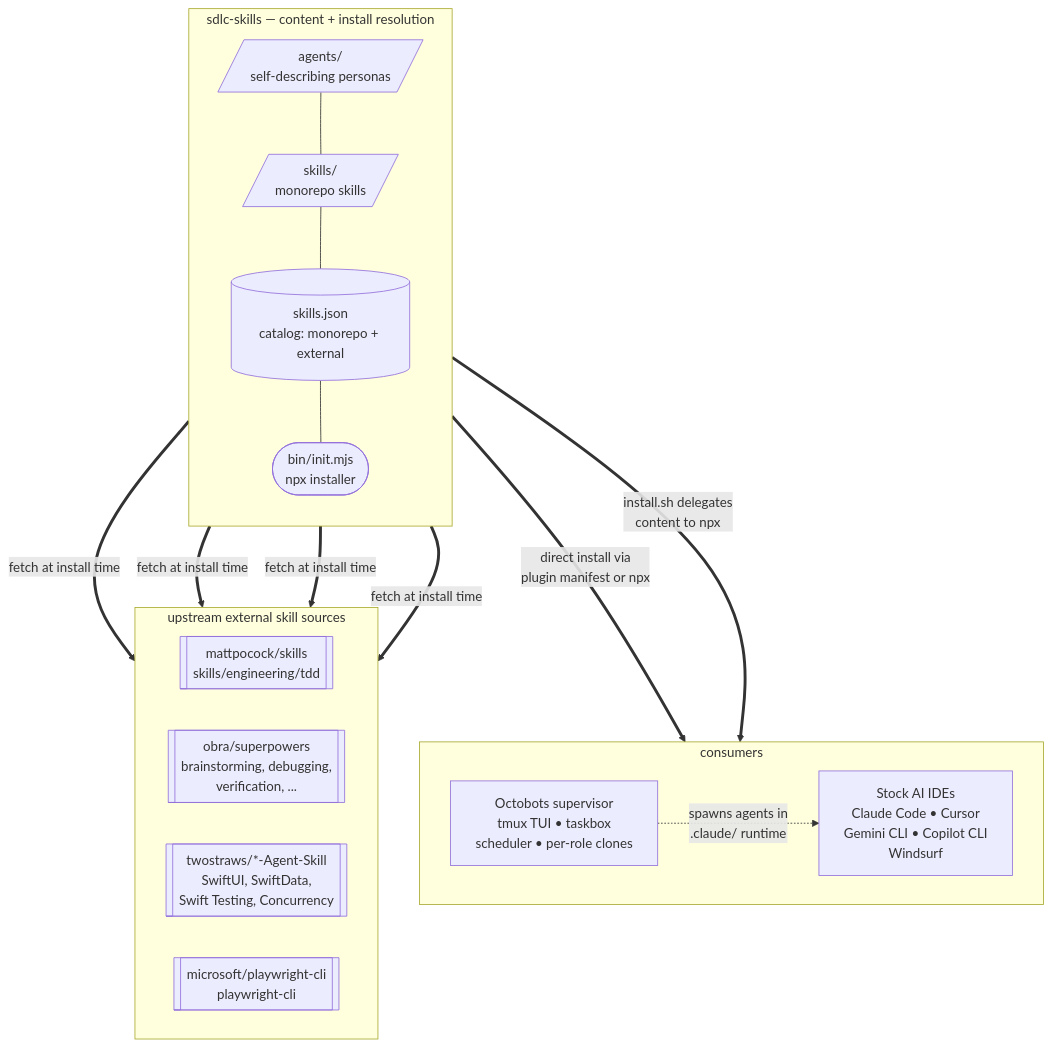
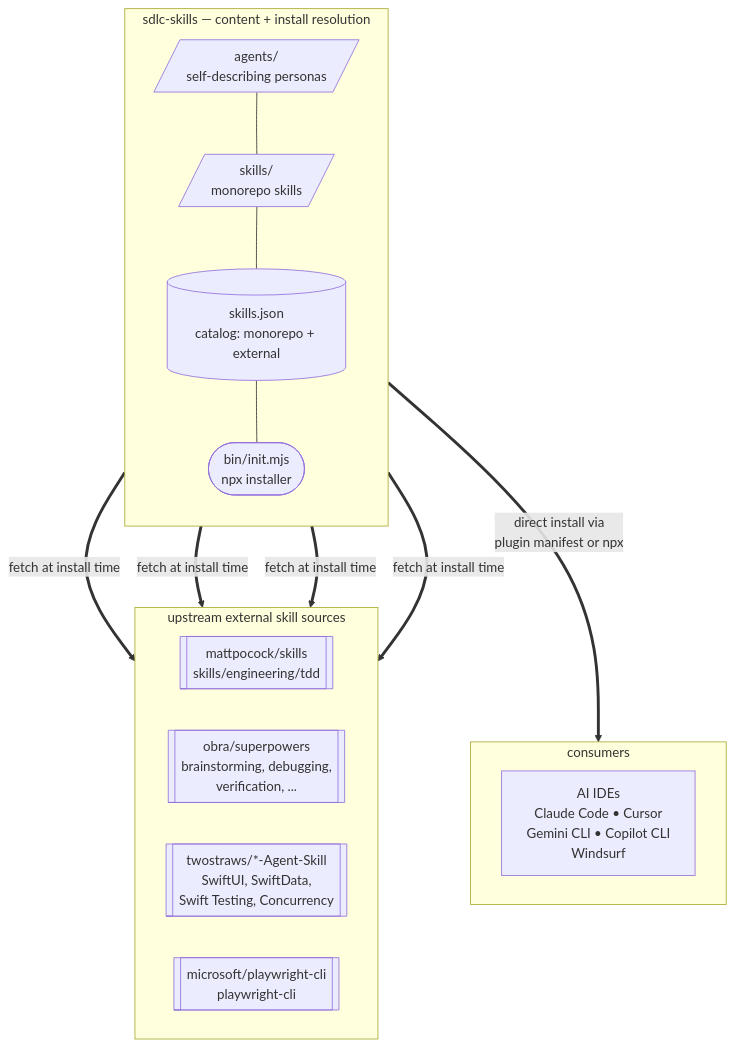
The diagram in README.md (arozumenko/sdlc-skills), drawn with Mermaid before and after one commit. The commit also changed other lines of this file and 67 other files, not shown here.

````diff
--- a/README.md
+++ b/README.md
@@ -21,36 +15,33 @@
 ```mermaid
 flowchart TB
     subgraph sdlc["sdlc-skills — content + install resolution"]
         direction TB
         agents[/"agents/<br/>self-describing personas"/]
         skills[/"skills/<br/>monorepo skills"/]
         registry[("skills.json<br/>catalog: monorepo + external")]
         installer(["bin/init.mjs<br/>npx installer"])
         agents --- skills
         skills --- registry
         registry --- installer
     end
 
     subgraph consumers["consumers"]
         direction LR
-        ides["Stock AI IDEs<br/>Claude Code • Cursor<br/>Gemini CLI • Copilot CLI<br/>Windsurf"]
-        octobots["Octobots supervisor<br/>tmux TUI • taskbox<br/>scheduler • per-role clones"]
+        ides["AI IDEs<br/>Claude Code • Cursor<br/>Gemini CLI • Copilot CLI<br/>Windsurf"]
     end
 
     subgraph externals["upstream external skill sources"]
         direction LR
         ext_matt[["mattpocock/skills<br/>skills/engineering/tdd"]]
         ext_obra[["obra/superpowers<br/>brainstorming, debugging,<br/>verification, ..."]]
         ext_tws[["twostraws/*-Agent-Skill<br/>SwiftUI, SwiftData,<br/>Swift Testing, Concurrency"]]
         ext_msft[["microsoft/playwright-cli<br/>playwright-cli"]]
     end
 
     installer ==>|fetch at install time| ext_matt
     installer ==>|fetch at install time| ext_obra
     installer ==>|fetch at install time| ext_tws
     installer ==>|fetch at install time| ext_msft
 
     sdlc ==>|direct install via<br/>plugin manifest or npx| ides
-    sdlc ==>|install.sh delegates<br/>content to npx| octobots
-    octobots -.->|spawns agents in<br/>.claude/ runtime| ides
 ```
````
